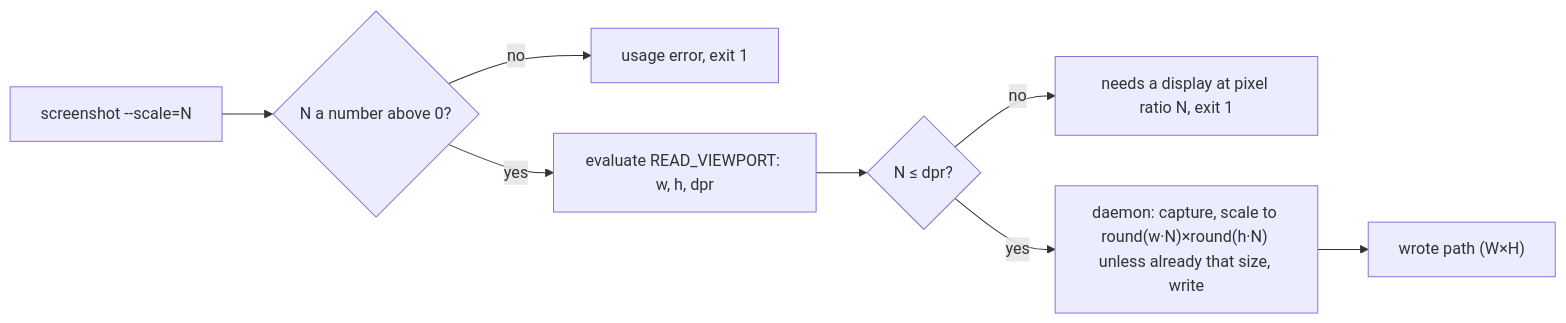
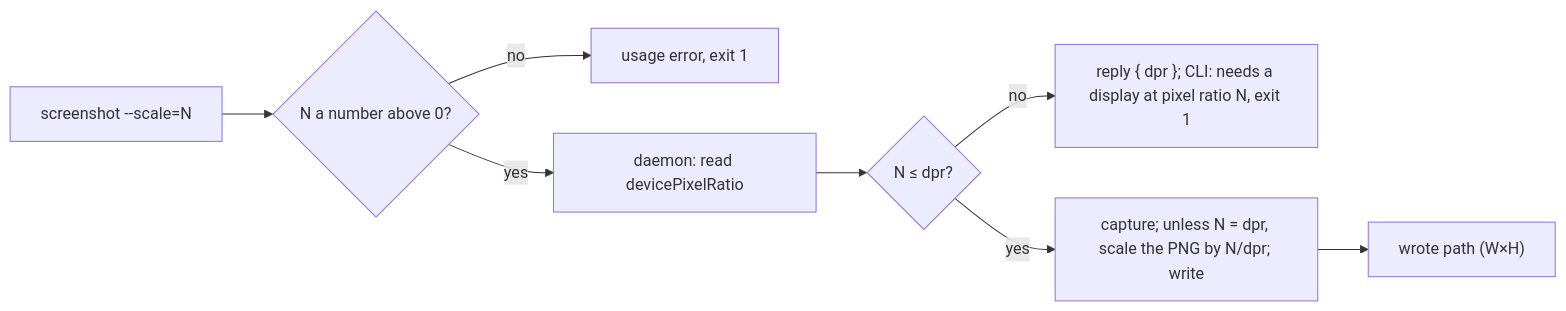
One commit to drakulavich/bowser changed the diagram in docs/superpowers/specs/2026-10-24-screenshot-scale-design.md. Above: the diagram before and after it, drawn with Mermaid. The commit also changed other lines of this file, not shown here.

First line of the commit message:
docs(spec): the daemon checks the scale beside the capture; empty --scale=, capture limit (review)

````diff
--- a/docs/superpowers/specs/2026-10-24-screenshot-scale-design.md
+++ b/docs/superpowers/specs/2026-10-24-screenshot-scale-design.md
@@ -41,10 +45,10 @@
 ```mermaid
 flowchart LR
   A["screenshot --scale=N"] --> B{"N a number above 0?"}
   B -- no --> E1["usage error, exit 1"]
-  B -- yes --> C["evaluate READ_VIEWPORT: w, h, dpr"]
+  B -- yes --> C["daemon: read devicePixelRatio"]
   C --> D{"N ≤ dpr?"}
-  D -- no --> E2["needs a display at pixel ratio N, exit 1"]
-  D -- yes --> F["daemon: capture, scale to round(w·N)×round(h·N) unless already that size, write"]
+  D -- no --> E2["reply { dpr }; CLI: needs a display at pixel ratio N, exit 1"]
+  D -- yes --> F["capture; unless N = dpr, scale the PNG by N/dpr; write"]
   F --> G["wrote path (W×H)"]
 ```
````
